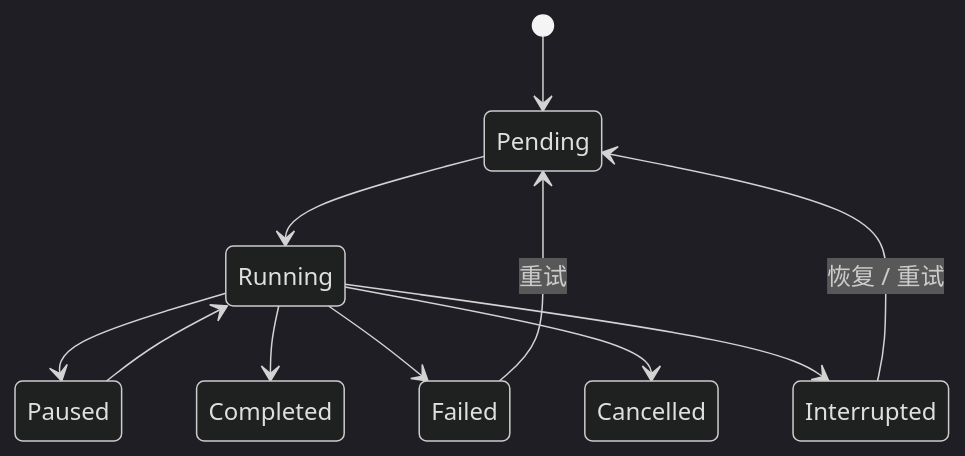
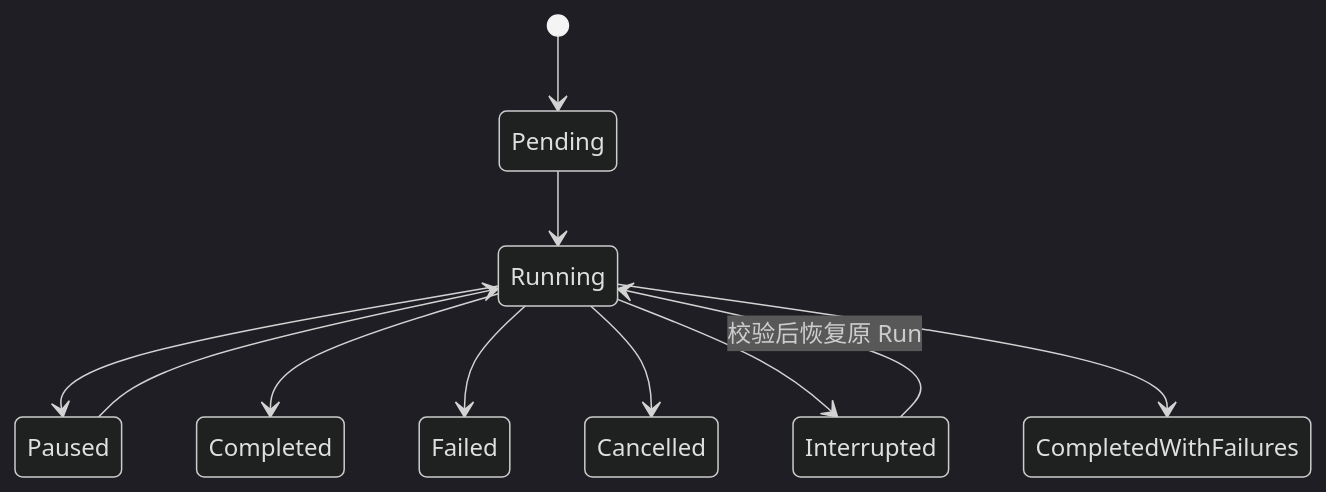
Diagram 18 of 27 in doc/04_USER_FLOW.md (peakwheat-pixel/New-Manga), drawn with Mermaid (dark theme) before and after one commit. The commit also changed other lines of this file and 13 other files, not shown here.

````diff
--- a/doc/04_USER_FLOW.md
+++ b/doc/04_USER_FLOW.md
@@ -1146,13 +1146,13 @@
 ```mermaid
 stateDiagram-v2
     [*] --> Pending
     Pending --> Running
     Running --> Paused
     Paused --> Running
     Running --> Completed
     Running --> Failed
     Running --> Cancelled
     Running --> Interrupted
-    Failed --> Pending: 重试
-    Interrupted --> Pending: 恢复 / 重试
+    Running --> CompletedWithFailures
+    Interrupted --> Running: 校验后恢复原 Run
 ```
````
